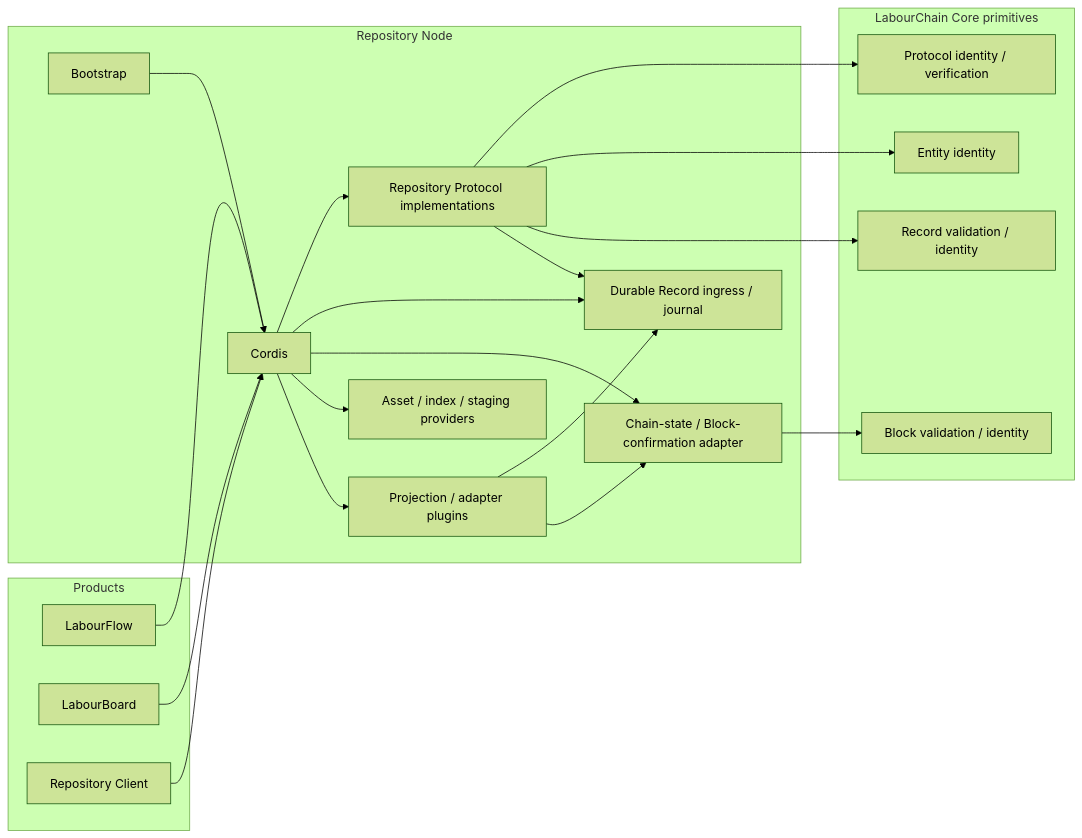
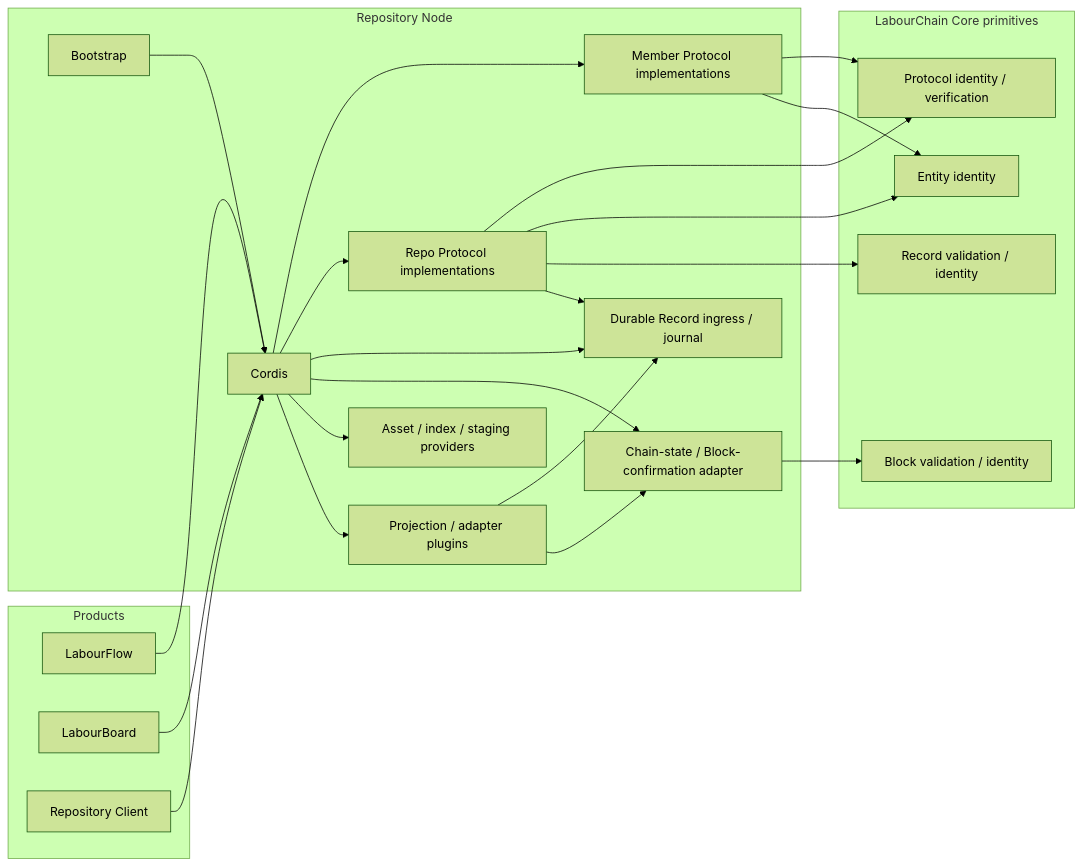
Before and after one commit to labourchain/repository: the second of 5 diagrams in docs/architecture.md, drawn with Mermaid (forest theme). The commit also changed other lines of this file and 7 other files, not shown here.

First line of the commit message:
docs: align Member and Repo protocol composition

````diff
--- a/docs/architecture.md
+++ b/docs/architecture.md
@@ -122,44 +122,48 @@
 ```mermaid
 flowchart LR
     subgraph Products["Products"]
         Flow["LabourFlow"]
         Board["LabourBoard"]
         Client["Repository Client"]
     end
 
     subgraph Node["Repository Node"]
         Bootstrap["Bootstrap"]
         Cordis["Cordis"]
-        RepoProtocols["Repository Protocol implementations"]
+        MemberProtocols["Member Protocol implementations"]
+        RepoProtocols["Repo Protocol implementations"]
         Journal["Durable Record ingress / journal"]
         ChainState["Chain-state / Block-confirmation adapter"]
         Providers["Asset / index / staging providers"]
         Views["Projection / adapter plugins"]
     end
 
     subgraph Core["LabourChain Core primitives"]
         Protocol["Protocol identity / verification"]
         Entity["Entity identity"]
         Record["Record validation / identity"]
         Block["Block validation / identity"]
     end
 
     Bootstrap --> Cordis
+    Cordis --> MemberProtocols
     Cordis --> RepoProtocols
     Cordis --> Journal
     Cordis --> ChainState
     Cordis --> Providers
     Cordis --> Views
 
     Flow --> Cordis
     Board --> Cordis
     Client --> Cordis
 
+    MemberProtocols --> Protocol
+    MemberProtocols --> Entity
     RepoProtocols --> Protocol
     RepoProtocols --> Entity
     RepoProtocols --> Record
     RepoProtocols --> Journal
     Views --> Journal
     Views --> ChainState
     ChainState --> Block
 ```
````
